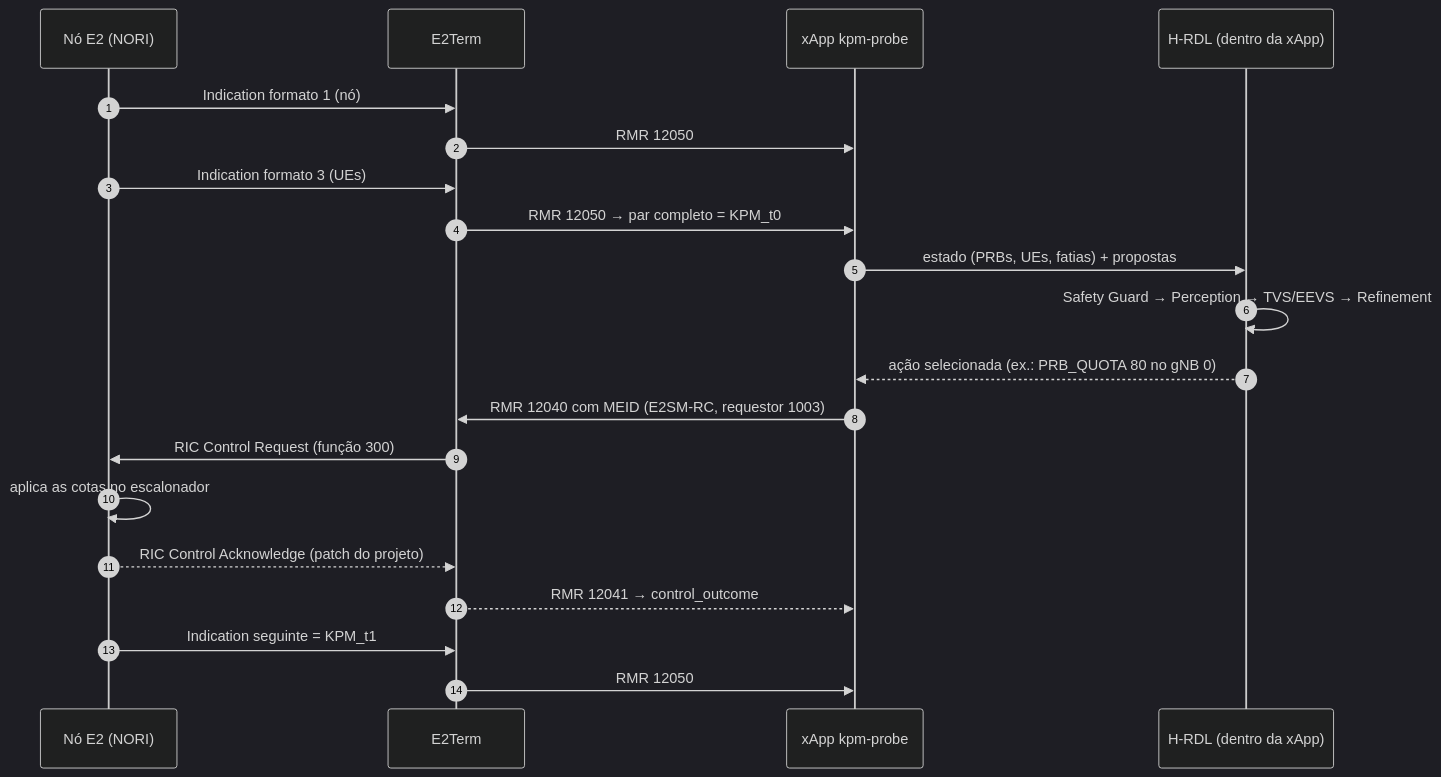
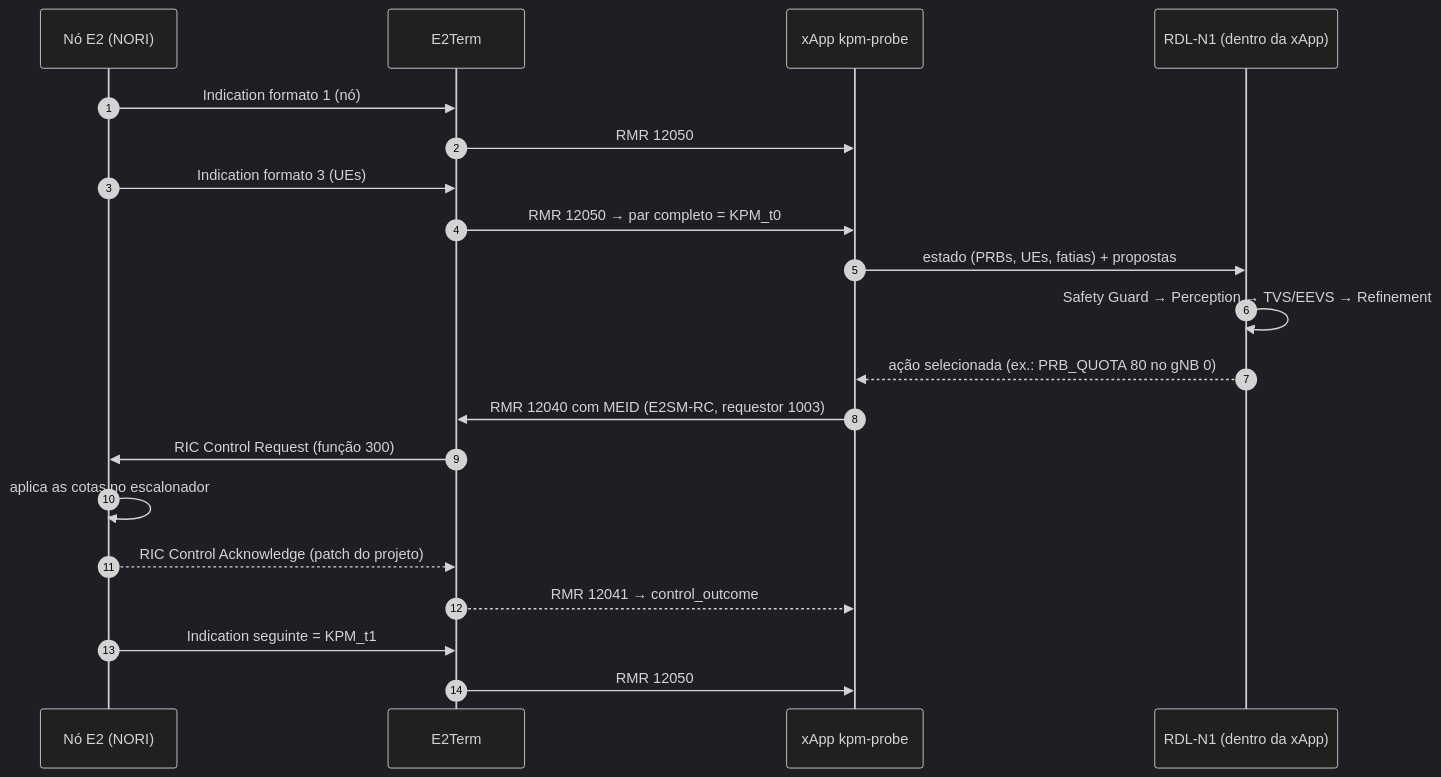
Before and after one commit to georgebarbosa3090/XApp-RDL-F1: the fourth of 8 diagrams in docs/01_componentes_e_fluxos.md, drawn with Mermaid (dark theme). The commit also changed other lines of this file and 111 other files, not shown here.

````diff
--- a/docs/01_componentes_e_fluxos.md
+++ b/docs/01_componentes_e_fluxos.md
@@ -353,23 +353,23 @@
 ```mermaid
 sequenceDiagram
     autonumber
     participant N as Nó E2 (NORI)
     participant T as E2Term
     participant X as xApp kpm-probe
-    participant H as H-RDL (dentro da xApp)
+    participant H as RDL-N1 (dentro da xApp)
 
     N->>T: Indication formato 1 (nó)
     T->>X: RMR 12050
     N->>T: Indication formato 3 (UEs)
     T->>X: RMR 12050 → par completo = KPM_t0
     X->>H: estado (PRBs, UEs, fatias) + propostas
     H->>H: Safety Guard → Perception → TVS/EEVS → Refinement
     H-->>X: ação selecionada (ex.: PRB_QUOTA 80 no gNB 0)
     X->>T: RMR 12040 com MEID (E2SM-RC, requestor 1003)
     T->>N: RIC Control Request (função 300)
     N->>N: aplica as cotas no escalonador
     N-->>T: RIC Control Acknowledge (patch do projeto)
     T-->>X: RMR 12041 → control_outcome
     N->>T: Indication seguinte = KPM_t1
     T->>X: RMR 12050
 ```
````
